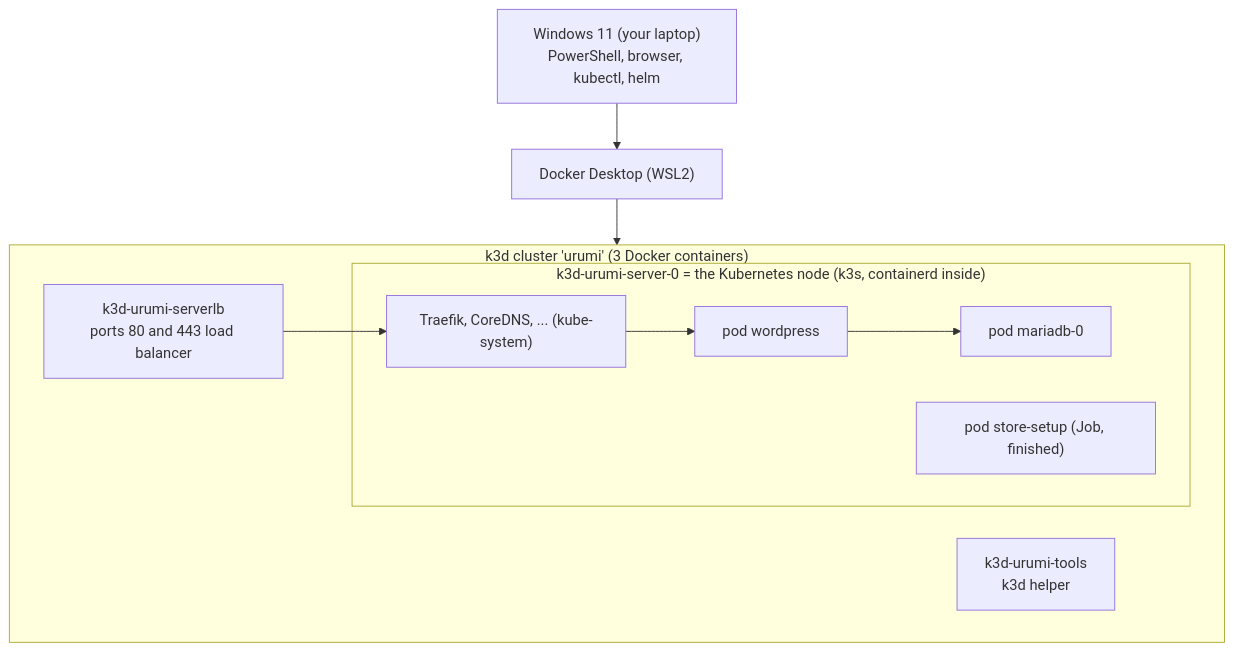
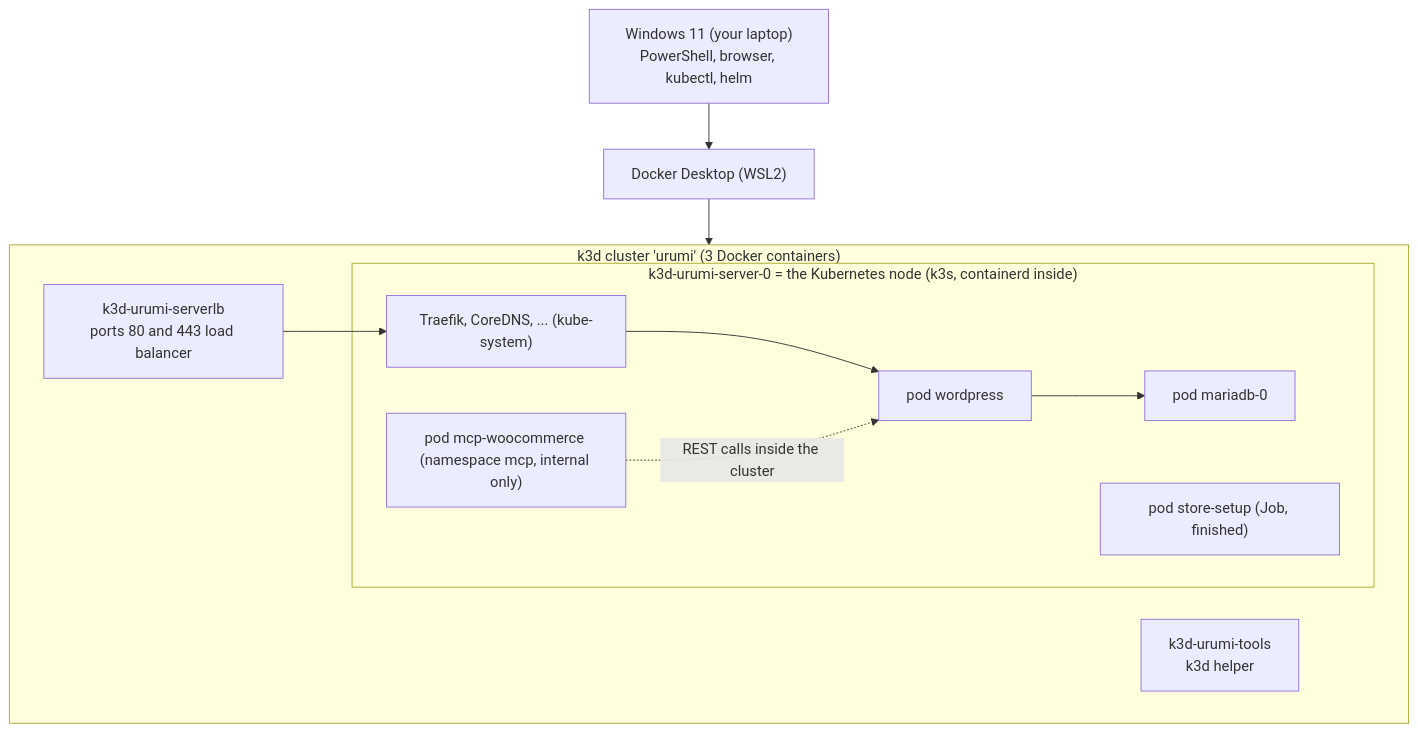
The diagram in docs/run-guide.md (tushar66sharma/MCP-Gateway-on-Kubernetes), drawn with Mermaid before and after one commit. The commit also changed other lines of this file and 3 other files, not shown here.

````diff
--- a/docs/run-guide.md
+++ b/docs/run-guide.md
@@ -41,17 +42,19 @@
 ```mermaid
 flowchart TB
     W["Windows 11 (your laptop)<br/>PowerShell, browser, kubectl, helm"]
     D["Docker Desktop (WSL2)"]
     subgraph K3D["k3d cluster 'urumi' (3 Docker containers)"]
         LB["k3d-urumi-serverlb<br/>ports 80 and 443 load balancer"]
         TOOLS["k3d-urumi-tools<br/>k3d helper"]
         subgraph NODE["k3d-urumi-server-0 = the Kubernetes node (k3s, containerd inside)"]
             P1["pod wordpress"]
             P2["pod mariadb-0"]
             P3["pod store-setup (Job, finished)"]
+            P5["pod mcp-woocommerce (namespace mcp, internal only)"]
             P4["Traefik, CoreDNS, ... (kube-system)"]
         end
     end
     W --> D --> K3D
     LB --> P4 --> P1 --> P2
+    P5 -. "REST calls inside the cluster" .-> P1
 ```
````
